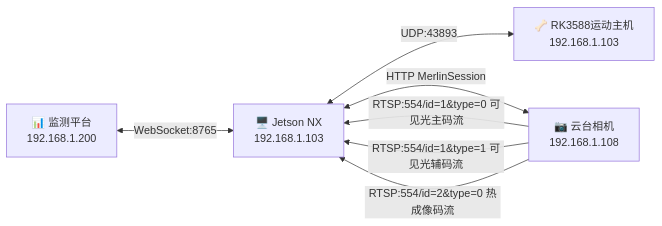
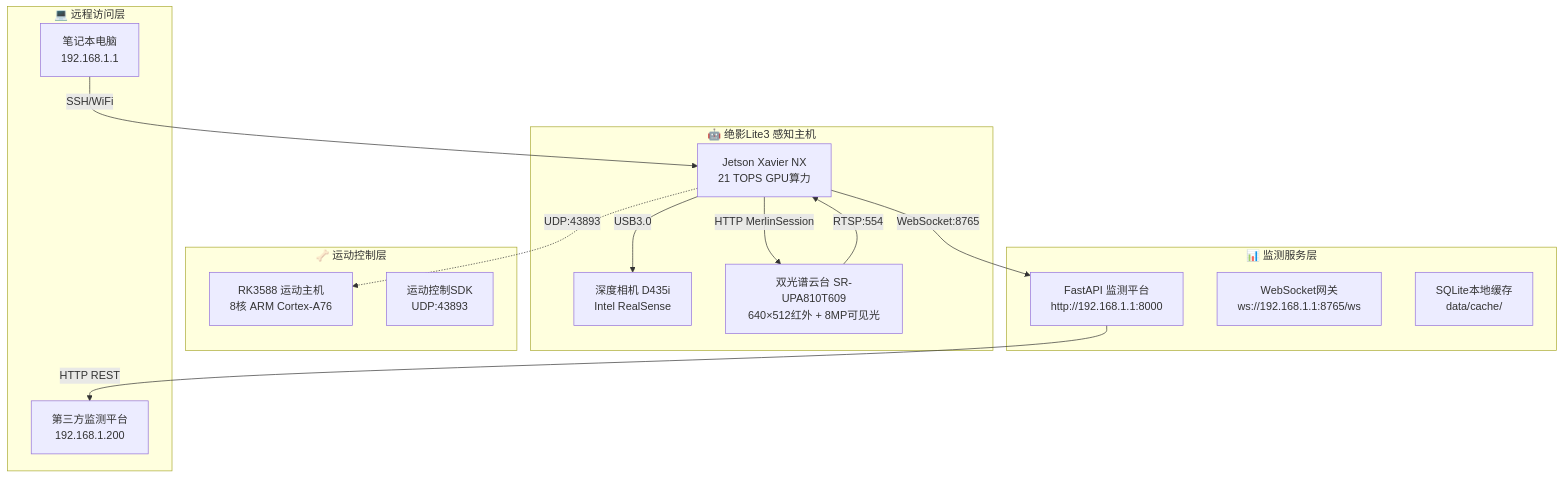
The diagram in README.md (CosmicVortex/lite3-power-inspection), drawn with Mermaid before and after one commit. The commit also changed other lines of this file and 29 other files, not shown here.

````diff
--- a/README.md
+++ b/README.md
@@ -170,14 +140,32 @@
 ```mermaid
-graph LR
-    Platform["📊 监测平台<br/>192.168.1.200"]
-    NX["🖥️ Jetson NX<br/>192.168.1.103"]
-    Motion["🦴 RK3588运动主机<br/>192.168.1.103"]
-    PTZ["📷 云台相机<br/>192.168.1.108"]
+graph TB
+    subgraph 感知层["🤖 绝影Lite3 感知主机"]
+        NX["Jetson Xavier NX<br/>21 TOPS GPU算力"]
+        CAM["深度相机 D435i<br/>Intel RealSense"]
+        PTZ["双光谱云台 SR-UPA810T609<br/>640×512红外 + 8MP可见光"]
+    end
     
-    Platform <-->|WebSocket:8765| NX
-    NX <-->|UDP:43893| Motion
-    NX <-->|HTTP MerlinSession| PTZ
-    PTZ -->|RTSP:554/id=1&type=0 可见光主码流| NX
-    PTZ -->|RTSP:554/id=1&type=1 可见光辅码流| NX
-    PTZ -->|RTSP:554/id=2&type=0 热成像码流| NX
+    subgraph 控制层["🦴 运动控制层"]
+        RK["RK3588 运动主机<br/>8核 ARM Cortex-A76"]
+        CTRL["运动控制SDK<br/>UDP:43893"]
+    end
+    
+    subgraph 服务层["📊 监测服务层"]
+        API["FastAPI 监测平台<br/>http://192.168.1.1:8000"]
+        WS["WebSocket网关<br/>ws://192.168.1.1:8765/ws"]
+        CACHE["SQLite本地缓存<br/>data/cache/"]
+    end
+    
+    subgraph 展示层["💻 远程访问层"]
+        LAPTOP["笔记本电脑<br/>192.168.1.1"]
+        PLATFORM["第三方监测平台<br/>192.168.1.200"]
+    end
+    
+    NX -->|USB3.0| CAM
+    NX -->|HTTP MerlinSession| PTZ
+    PTZ -->|RTSP:554| NX
+    NX -.->|UDP:43893| RK
+    NX -->|WebSocket:8765| API
+    API -->|HTTP REST| PLATFORM
+    LAPTOP -->|SSH/WiFi| NX
 ```
````
